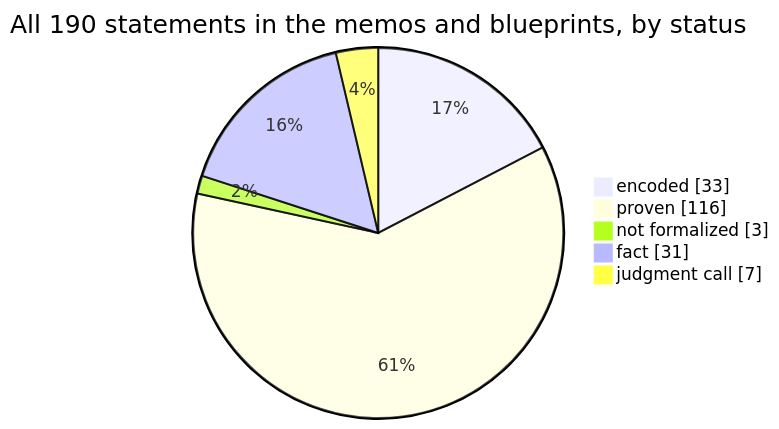
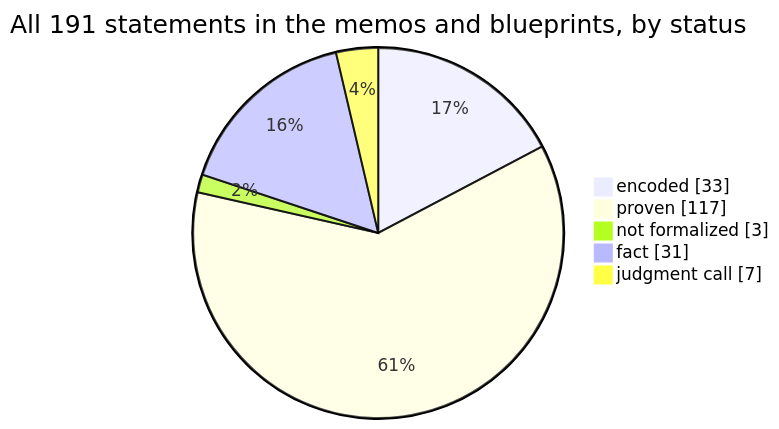
Before and after one commit to SeanWMurray/Canteen: the first of 4 diagrams in docs/graphs/dashboard.md, drawn with Mermaid. The commit also changed other lines of this file and 16 other files, not shown here.

````diff
--- a/docs/graphs/dashboard.md
+++ b/docs/graphs/dashboard.md
@@ -11,8 +11,8 @@
 ```mermaid
-pie showData title All 190 statements in the memos and blueprints, by status
+pie showData title All 191 statements in the memos and blueprints, by status
     "encoded" : 33
-    "proven" : 116
+    "proven" : 117
     "not formalized" : 3
     "fact" : 31
     "judgment call" : 7
 ```
````
